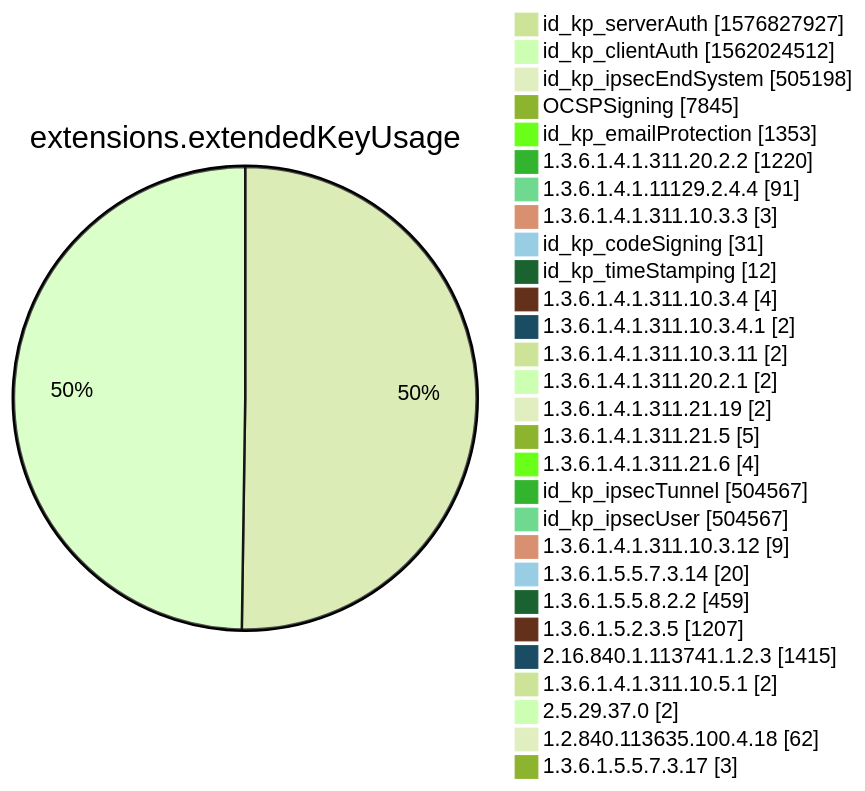
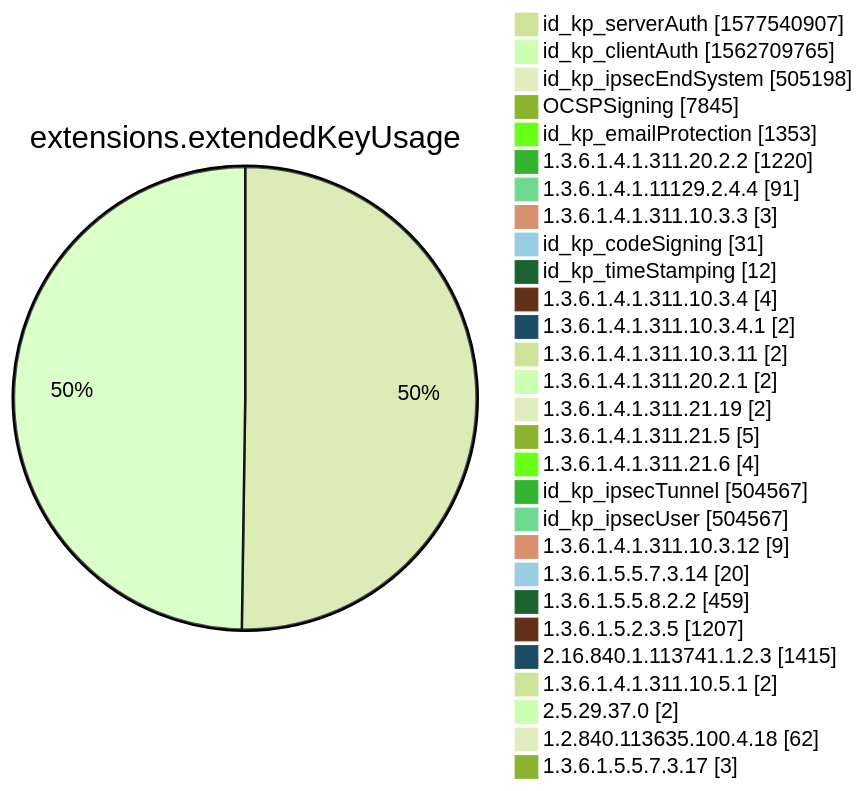
Before and after one commit to christiankrug/ctmonitor_visualization: diagram 12 of 15 in xenon2022/README.md, drawn with Mermaid (forest theme). The commit also changed other lines of this file, not shown here.

````diff
--- a/xenon2022/README.md
+++ b/xenon2022/README.md
@@ -3884,32 +3884,32 @@
 ```mermaid
 pie showData
 title extensions.extendedKeyUsage
-"id_kp_serverAuth" :1576827927
-"id_kp_clientAuth" :1562024512
+"id_kp_serverAuth" :1577540907
+"id_kp_clientAuth" :1562709765
 "id_kp_ipsecEndSystem" :505198
 "OCSPSigning" :7845
 "id_kp_emailProtection" :1353
 "1.3.6.1.4.1.311.20.2.2" :1220
 "1.3.6.1.4.1.11129.2.4.4" :91
 "1.3.6.1.4.1.311.10.3.3" :3
 "id_kp_codeSigning" :31
 "id_kp_timeStamping" :12
 "1.3.6.1.4.1.311.10.3.4" :4
 "1.3.6.1.4.1.311.10.3.4.1" :2
 "1.3.6.1.4.1.311.10.3.11" :2
 "1.3.6.1.4.1.311.20.2.1" :2
 "1.3.6.1.4.1.311.21.19" :2
 "1.3.6.1.4.1.311.21.5" :5
 "1.3.6.1.4.1.311.21.6" :4
 "id_kp_ipsecTunnel" :504567
 "id_kp_ipsecUser" :504567
 "1.3.6.1.4.1.311.10.3.12" :9
 "1.3.6.1.5.5.7.3.14" :20
 "1.3.6.1.5.5.8.2.2" :459
 "1.3.6.1.5.2.3.5" :1207
 "2.16.840.1.113741.1.2.3" :1415
 "1.3.6.1.4.1.311.10.5.1" :2
 "2.5.29.37.0" :2
 "1.2.840.113635.100.4.18" :62
 "1.3.6.1.5.5.7.3.17" :3
 ```
````
